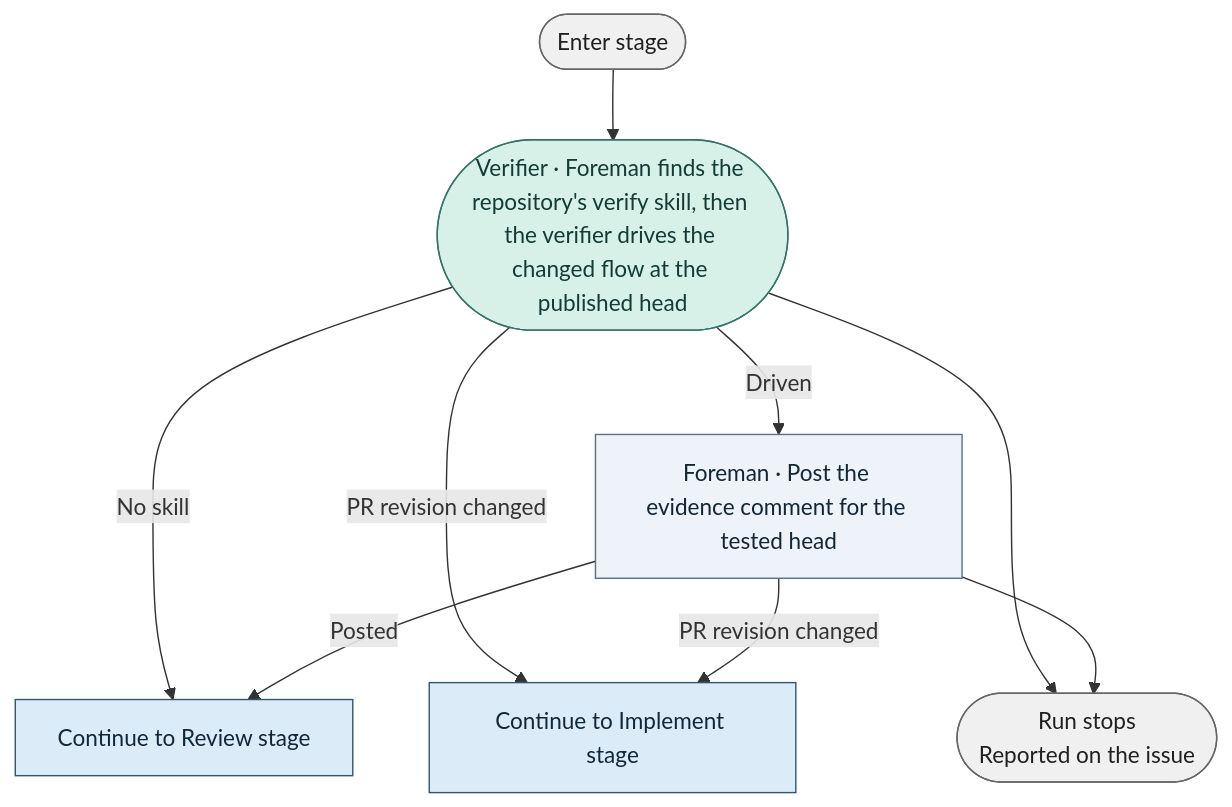
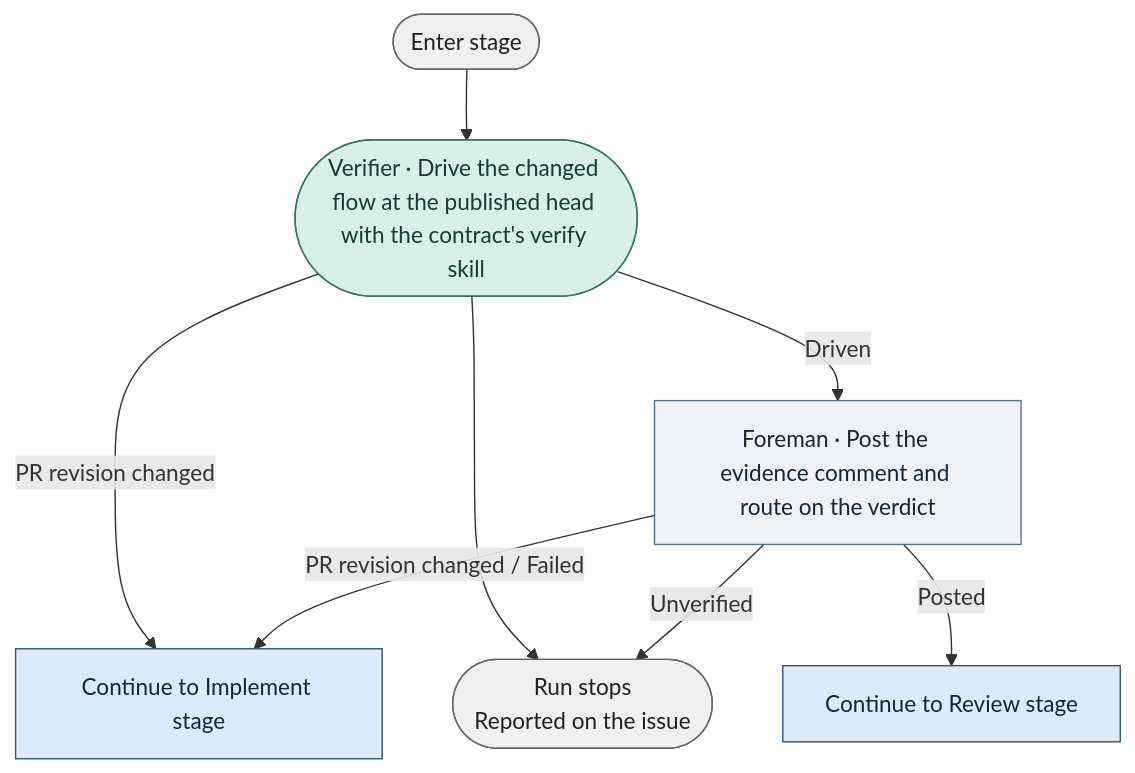
The diagram in docs/graph/blueprint/views/stages/verify.mmd (bookout-labs/tools), drawn with Mermaid before and after one commit. The commit also changed 40 other files, not shown here.

```diff
--- a/docs/graph/blueprint/views/stages/verify.mmd
+++ b/docs/graph/blueprint/views/stages/verify.mmd
@@ -1,20 +1,19 @@
 flowchart TD
     n0(["Enter stage"]):::terminal
-    n1(["Verifier · Foreman finds the repository's verify skill, then the verifier drives the changed flow at the published head"]):::worker
-    n2["Foreman · Post the evidence comment for the tested head"]:::step
-    n3["Continue to Review stage"]:::stage
-    n4["Continue to Implement stage"]:::stage
-    n5(["Run stops<br/>Reported on the issue"]):::terminal
+    n1(["Verifier · Drive the changed flow at the published head with the contract's verify skill"]):::worker
+    n2["Foreman · Post the evidence comment and route on the verdict"]:::step
+    n3["Continue to Implement stage"]:::stage
+    n4(["Run stops<br/>Reported on the issue"]):::terminal
+    n5["Continue to Review stage"]:::stage
     n0 --> n1
-    n1 -->|"No skill"| n3
-    n1 -->|"PR revision changed"| n4
-    n1 --> n5
+    n1 -->|"PR revision changed"| n3
+    n1 --> n4
     n1 -->|"Driven"| n2
-    n2 -->|"PR revision changed"| n4
-    n2 --> n5
-    n2 -->|"Posted"| n3
+    n2 -->|"PR revision changed / Failed"| n3
+    n2 -->|"Unverified"| n4
+    n2 -->|"Posted"| n5
     classDef stage fill:#dcebf8,stroke:#315675,color:#10283b
     classDef step fill:#edf3f8,stroke:#597187,color:#132638
     classDef worker fill:#d7f0e8,stroke:#357369,color:#133c36
     classDef gate fill:#fff0c9,stroke:#89641f,color:#3f2b0b
     classDef terminal fill:#f0f0f0,stroke:#666666,color:#202020
```
